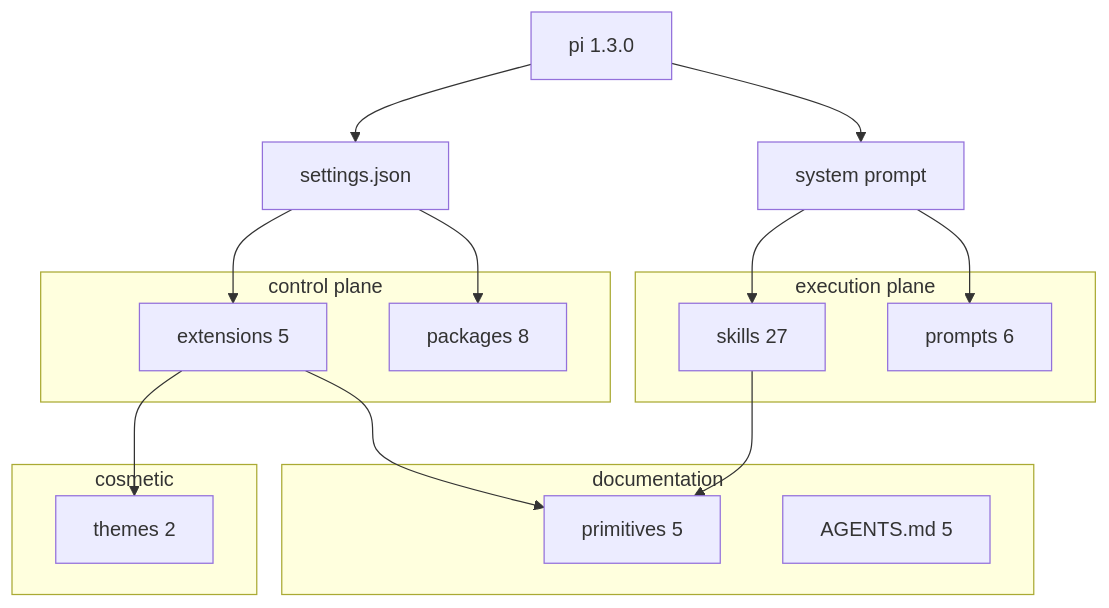
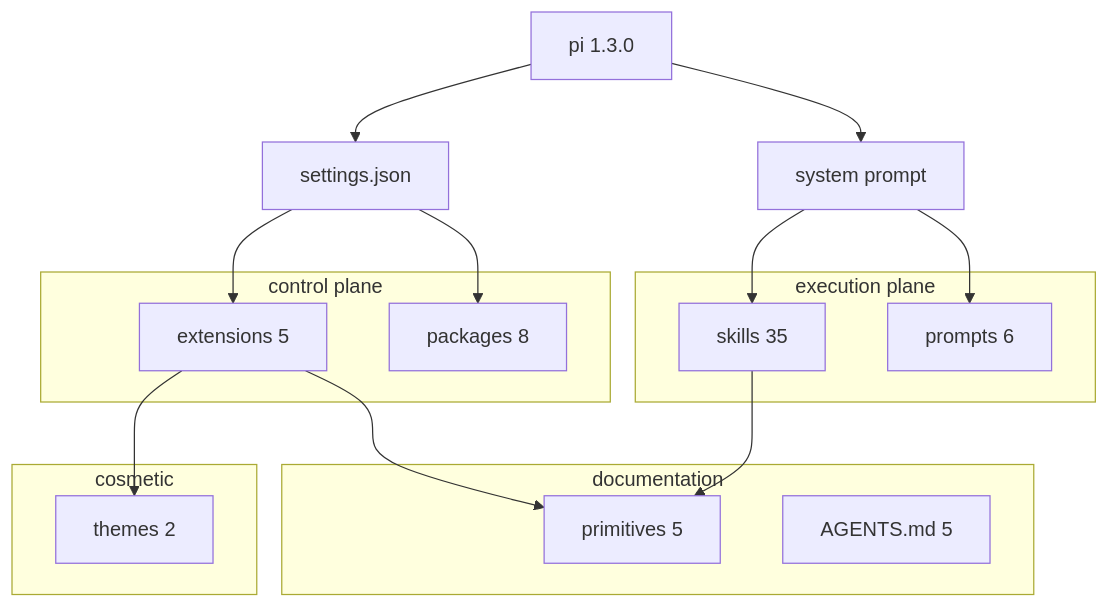
The first of 5 diagrams in agent/harness-map.md (sub0xdai/n0x-pi), drawn with Mermaid before and after one commit. The commit also changed other lines of this file and 3 other files, not shown here.

````diff
--- a/agent/harness-map.md
+++ b/agent/harness-map.md
@@ -29,30 +29,30 @@
 ```mermaid
 flowchart TB
     P["pi 1.3.0"]
     SP["system prompt"]
     SET["settings.json"]
     subgraph CTL["control plane"]
         EXT["extensions 5"]
         PKG["packages 8"]
     end
     subgraph EXE["execution plane"]
-        SK["skills 27"]
+        SK["skills 35"]
         PR["prompts 6"]
     end
     subgraph DOC["documentation"]
         PRI["primitives 5"]
         DOX["AGENTS.md 5"]
     end
     subgraph COS["cosmetic"]
         TH["themes 2"]
     end
     P --> SP
     P --> SET
     SP --> SK
     SP --> PR
     SET --> EXT
     SET --> PKG
     EXT --> PRI
     SK --> PRI
     EXT --> TH
 ```
````
